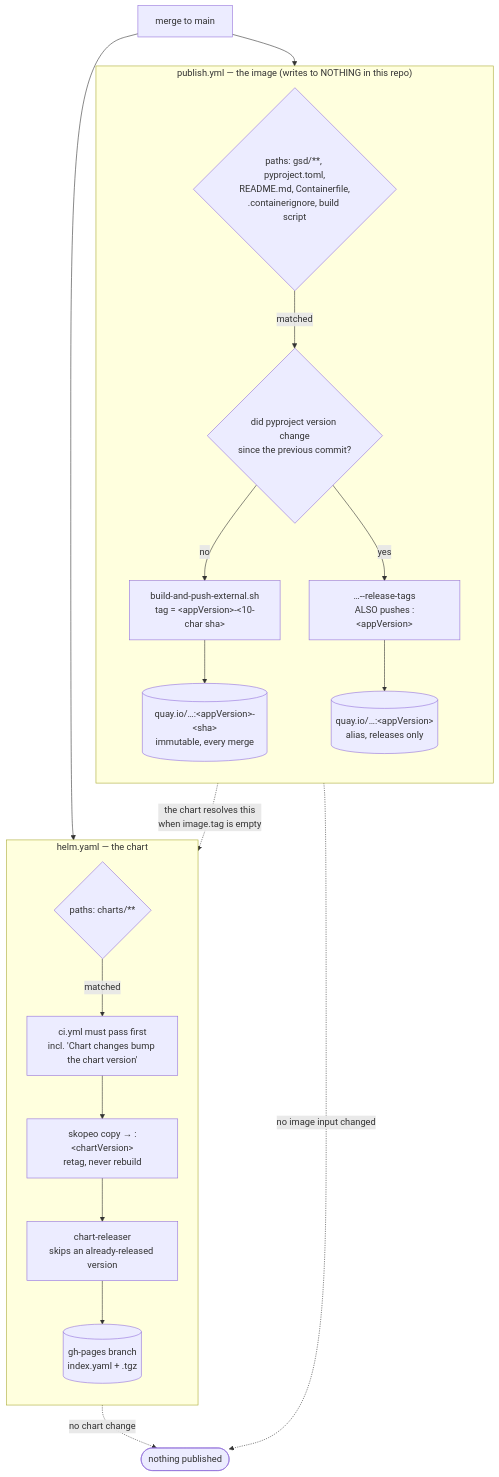
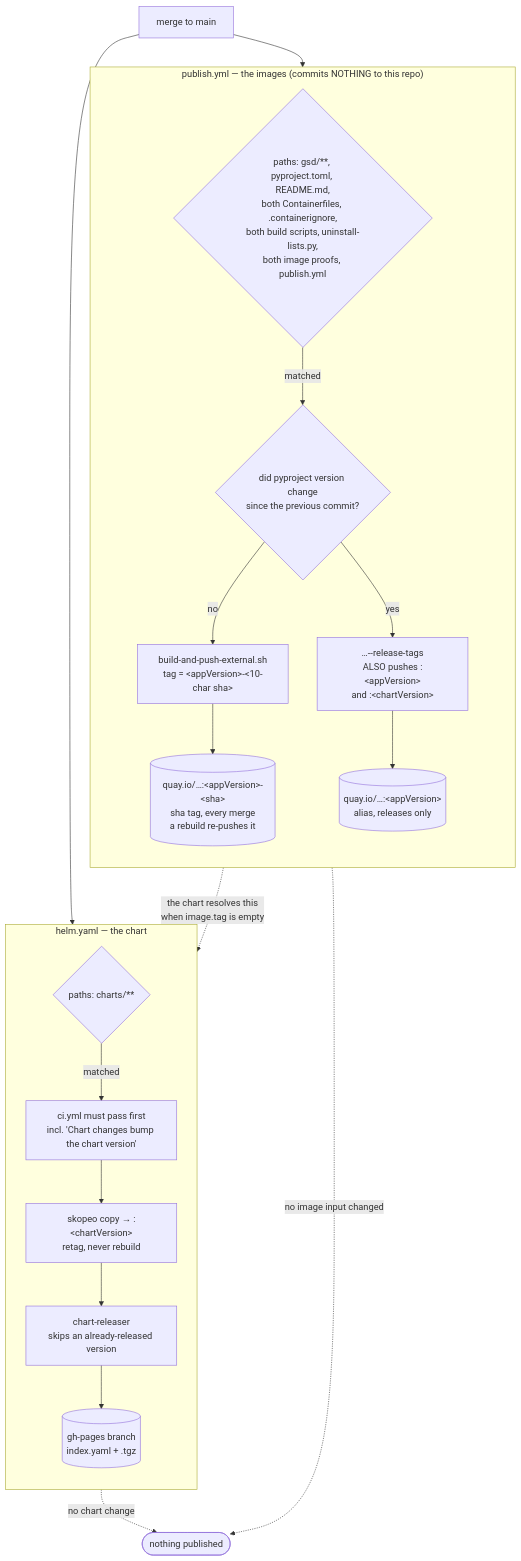
Before and after one commit to ephico2real2/group-sync-dashboard: the tenth of 10 diagrams in docs/guides/reference-architecture.md, drawn with Mermaid. The commit also changed other lines of this file and 2 other files, not shown here.

First line of the commit message:
docs: the reference architecture checked against the code and the lab (audit batch 5)

````diff
--- a/docs/guides/reference-architecture.md
+++ b/docs/guides/reference-architecture.md
@@ -1505,33 +1535,33 @@
 ```mermaid
 flowchart TB
   merge["merge to main"]
 
-  subgraph img["publish.yml — the image (writes to NOTHING in this repo)"]
+  subgraph img["publish.yml — the images (commits NOTHING to this repo)"]
     direction TB
-    ipath{"paths: gsd/**, pyproject.toml,<br/>README.md, Containerfile,<br/>.containerignore, build script"}
+    ipath{"paths: gsd/**, pyproject.toml, README.md,<br/>both Containerfiles, .containerignore,<br/>both build scripts, uninstall-lists.py,<br/>both image proofs, publish.yml"}
     rel{"did pyproject version change<br/>since the previous commit?"}
     build["build-and-push-external.sh<br/>tag = &lt;appVersion&gt;-&lt;10-char sha&gt;"]
-    relbuild["…--release-tags<br/>ALSO pushes :&lt;appVersion&gt;"]
-    quay[("quay.io/…:&lt;appVersion&gt;-&lt;sha&gt;<br/>immutable, every merge")]
+    relbuild["…--release-tags<br/>ALSO pushes :&lt;appVersion&gt;<br/>and :&lt;chartVersion&gt;"]
+    quay[("quay.io/…:&lt;appVersion&gt;-&lt;sha&gt;<br/>sha tag, every merge<br/>a rebuild re-pushes it")]
     alias[("quay.io/…:&lt;appVersion&gt;<br/>alias, releases only")]
     ipath -->|matched| rel
     rel -->|no| build --> quay
     rel -->|yes| relbuild --> alias
   end
 
   subgraph chart["helm.yaml — the chart"]
     direction TB
     cpath{"paths: charts/**"}
     ci["ci.yml must pass first<br/>incl. 'Chart changes bump the chart version'"]
     label["skopeo copy → :&lt;chartVersion&gt;<br/>retag, never rebuild"]
     cr["chart-releaser<br/>skips an already-released version"]
     gh[("gh-pages branch<br/>index.yaml + .tgz")]
     cpath -->|matched| ci --> label --> cr --> gh
   end
 
   merge --> ipath
   merge --> cpath
   ipath -.->|"no image input changed"| skip(["nothing published"])
   cpath -.->|"no chart change"| skip
   alias -.->|"the chart resolves this<br/>when image.tag is empty"| label
 ```
````
